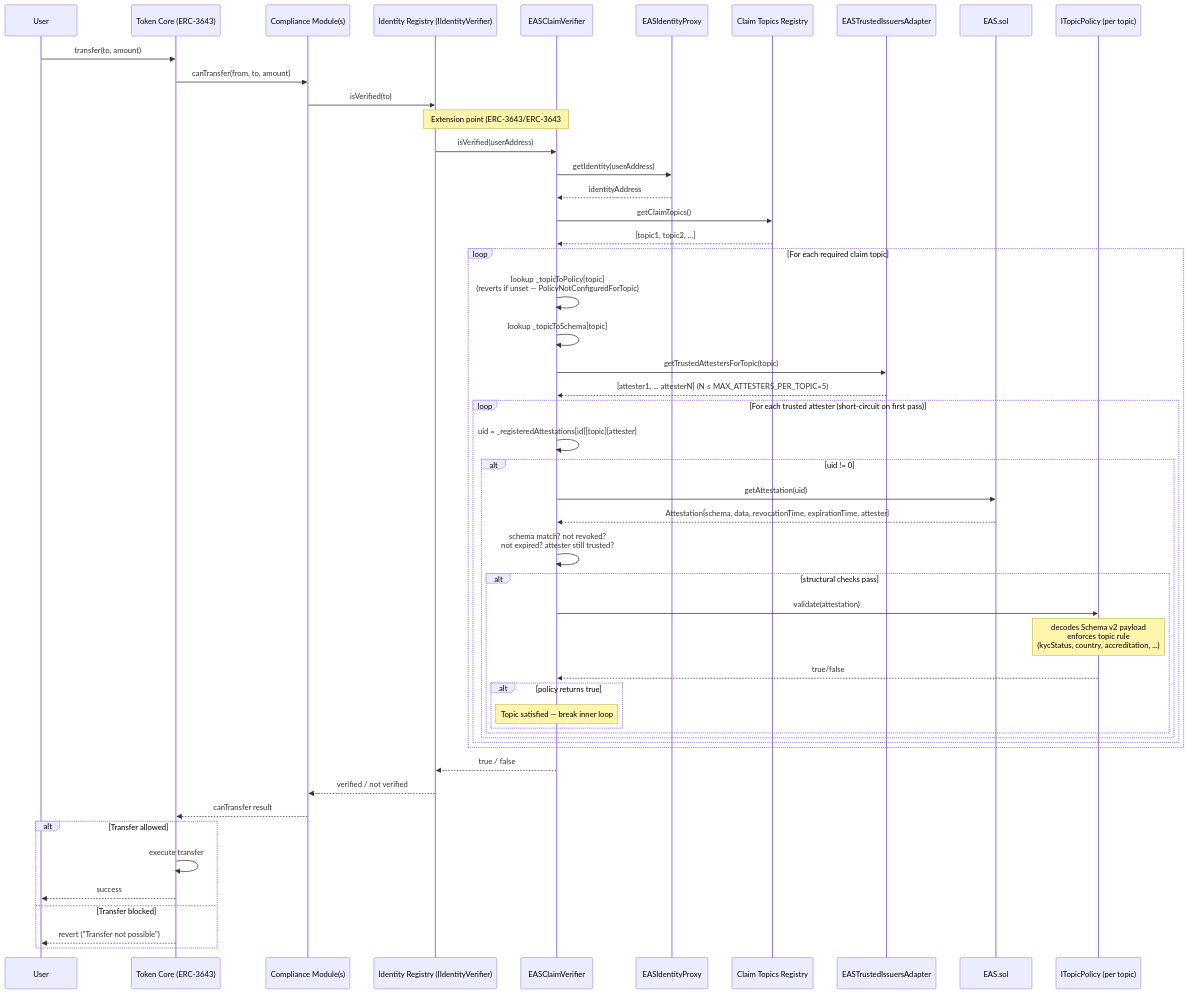
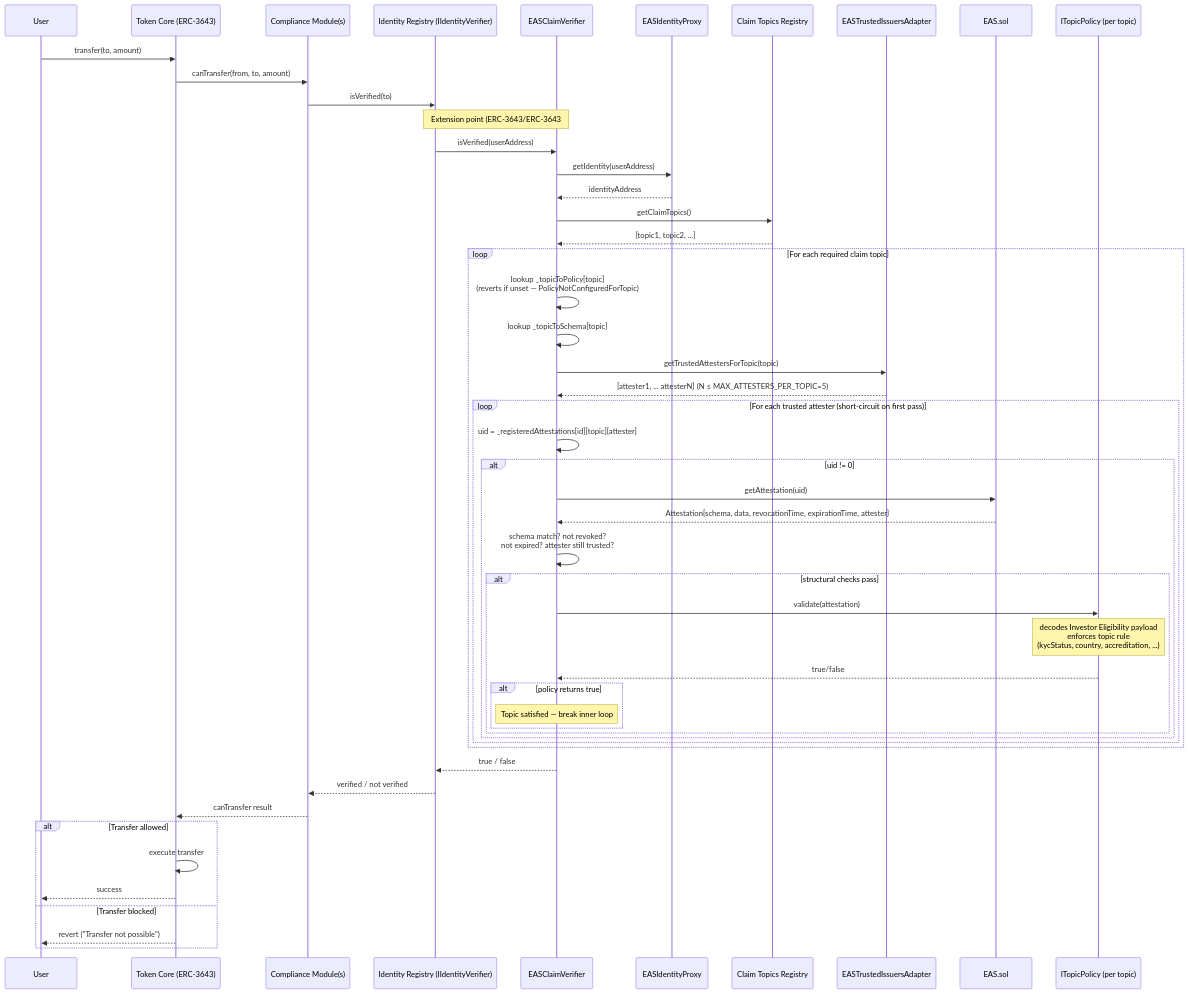
One commit to EntEthAlliance/rnd-rwa-erc3643-eas changed the diagram in diagrams/transfer-verification-flow.mmd. Above: the diagram before and after it, drawn with Mermaid. The commit also changed 32 other files, not shown here.

First line of the commit message:
refactor(schemas): drop version suffixes from schema names

```diff
--- a/diagrams/transfer-verification-flow.mmd
+++ b/diagrams/transfer-verification-flow.mmd
@@ -1,64 +1,64 @@
 sequenceDiagram
     %% Shibui v0.4 verification flow: token → compliance → Identity Registry
     %% → IIdentityVerifier (Shibui backend) → payload-aware policy dispatch.
     participant User
     participant Token as Token Core (ERC-3643)
     participant Compliance as Compliance Module(s)
     participant IR as Identity Registry (IIdentityVerifier)
     participant Verifier as EASClaimVerifier
     participant EIP as EASIdentityProxy
     participant CTR as Claim Topics Registry
     participant TIA as EASTrustedIssuersAdapter
     participant EAS as EAS.sol
     participant Policy as ITopicPolicy (per topic)
 
     User->>Token: transfer(to, amount)
     Token->>Compliance: canTransfer(from, to, amount)
 
     Compliance->>IR: isVerified(to)
 
     Note over IR,Verifier: Extension point (ERC-3643/ERC-3643 #98):<br/>IR delegates to Shibui when _identityVerifier != 0
     IR->>Verifier: isVerified(userAddress)
 
     Verifier->>EIP: getIdentity(userAddress)
     EIP-->>Verifier: identityAddress
 
     Verifier->>CTR: getClaimTopics()
     CTR-->>Verifier: [topic1, topic2, ...]
 
     loop For each required claim topic
         Verifier->>Verifier: lookup _topicToPolicy[topic]<br/>(reverts if unset — PolicyNotConfiguredForTopic)
         Verifier->>Verifier: lookup _topicToSchema[topic]
         Verifier->>TIA: getTrustedAttestersForTopic(topic)
         TIA-->>Verifier: [attester1, ... attesterN] (N ≤ MAX_ATTESTERS_PER_TOPIC=5)
 
         loop For each trusted attester (short-circuit on first pass)
             Verifier->>Verifier: uid = _registeredAttestations[id][topic][attester]
             alt uid != 0
                 Verifier->>EAS: getAttestation(uid)
                 EAS-->>Verifier: Attestation{schema, data, revocationTime, expirationTime, attester}
 
                 Verifier->>Verifier: schema match? not revoked?<br/>not expired? attester still trusted?
 
                 alt structural checks pass
                     Verifier->>Policy: validate(attestation)
-                    Note over Policy: decodes Schema v2 payload<br/>enforces topic rule<br/>(kycStatus, country, accreditation, ...)
+                    Note over Policy: decodes Investor Eligibility payload<br/>enforces topic rule<br/>(kycStatus, country, accreditation, ...)
                     Policy-->>Verifier: true/false
                     alt policy returns true
                         Note over Verifier: Topic satisfied — break inner loop
                     end
                 end
             end
         end
     end
 
     Verifier-->>IR: true / false
     IR-->>Compliance: verified / not verified
     Compliance-->>Token: canTransfer result
 
     alt Transfer allowed
         Token->>Token: execute transfer
         Token-->>User: success
     else Transfer blocked
         Token-->>User: revert ("Transfer not possible")
     end
```
